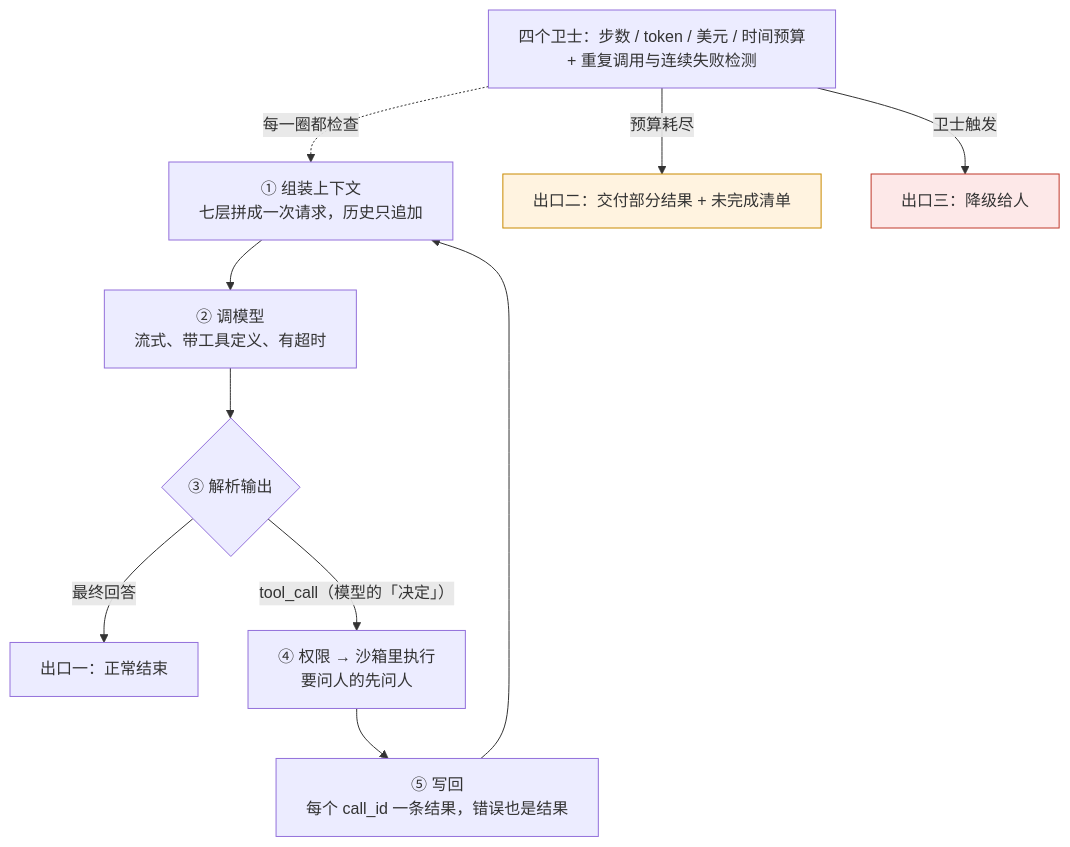
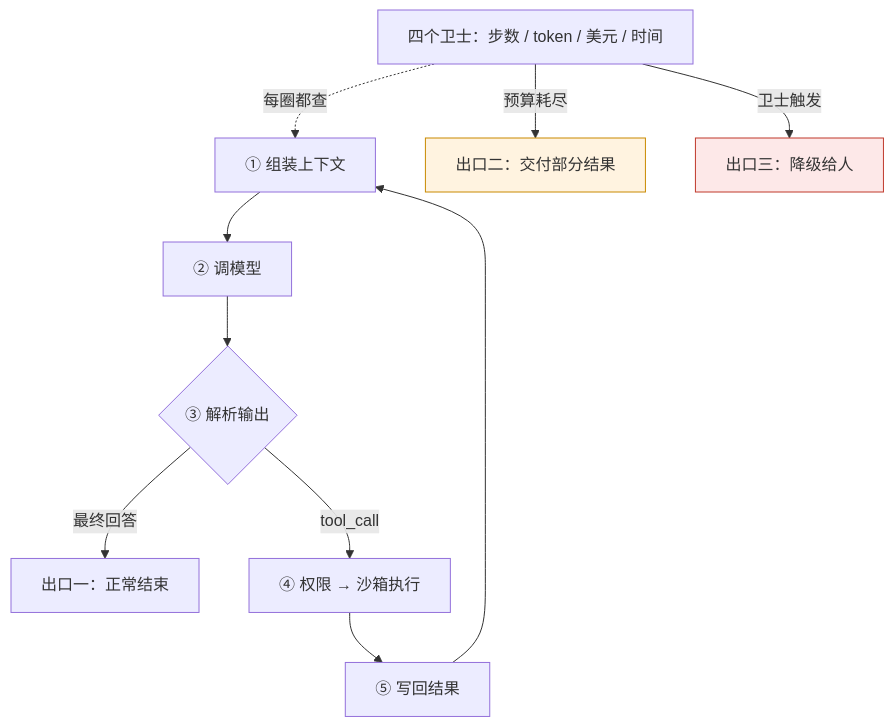
The second of 9 diagrams in slides/2026-10-29-agent-and-harness.md (arganzheng/arganzheng.github.com), drawn with Mermaid before and after one commit. The commit also changed other lines of this file, not shown here.

Commit message:
slides/agent-and-harness: cut/shorten mermaid diagrams below 14px rendered text (check-render smalltext/overlap)

````diff
--- a/slides/2026-10-29-agent-and-harness.md
+++ b/slides/2026-10-29-agent-and-harness.md
@@ -45,15 +45,15 @@
 ```mermaid
 %%{init: {"flowchart": {"wrappingWidth": 460}}}%%
 flowchart TB
-    A["① 组装上下文<br/>七层拼成一次请求，历史只追加"] --> B["② 调模型<br/>流式、带工具定义、有超时"]
+    A["① 组装上下文"] --> B["② 调模型"]
     B --> C{"③ 解析输出"}
     C -- "最终回答" --> END1["出口一：正常结束"]
-    C -- "tool_call（模型的「决定」）" --> D["④ 权限 → 沙箱里执行<br/>要问人的先问人"]
-    D --> E["⑤ 写回<br/>每个 call_id 一条结果，错误也是结果"] --> A
-    G["四个卫士：步数 / token / 美元 / 时间预算<br/>+ 重复调用与连续失败检测"] -. 每一圈都检查 .-> A
-    G -- "预算耗尽" --> END2["出口二：交付部分结果 + 未完成清单"]
+    C -- "tool_call" --> D["④ 权限 → 沙箱执行"]
+    D --> E["⑤ 写回结果"] --> A
+    G["四个卫士：步数 / token / 美元 / 时间"] -. 每圈都查 .-> A
+    G -- "预算耗尽" --> END2["出口二：交付部分结果"]
     G -- "卫士触发" --> END3["出口三：降级给人"]
     style END2 fill:#fff3e0,stroke:#c98a00
     style END3 fill:#fde8e8,stroke:#c0392b
 
 ```
````
